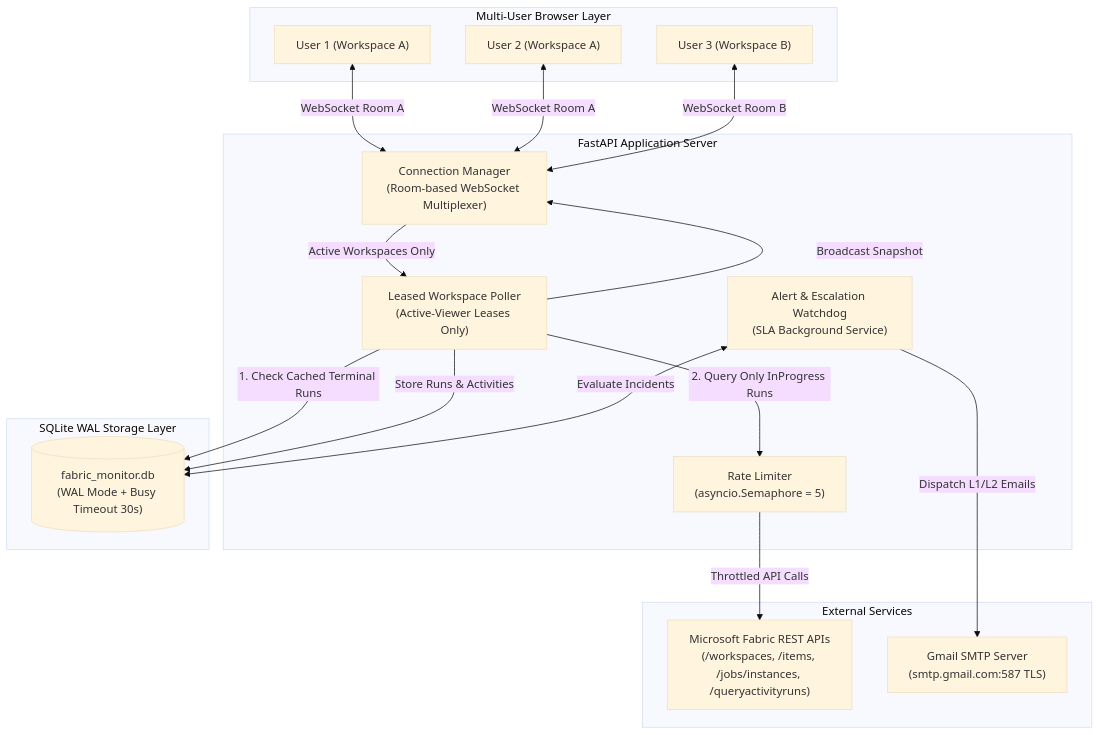
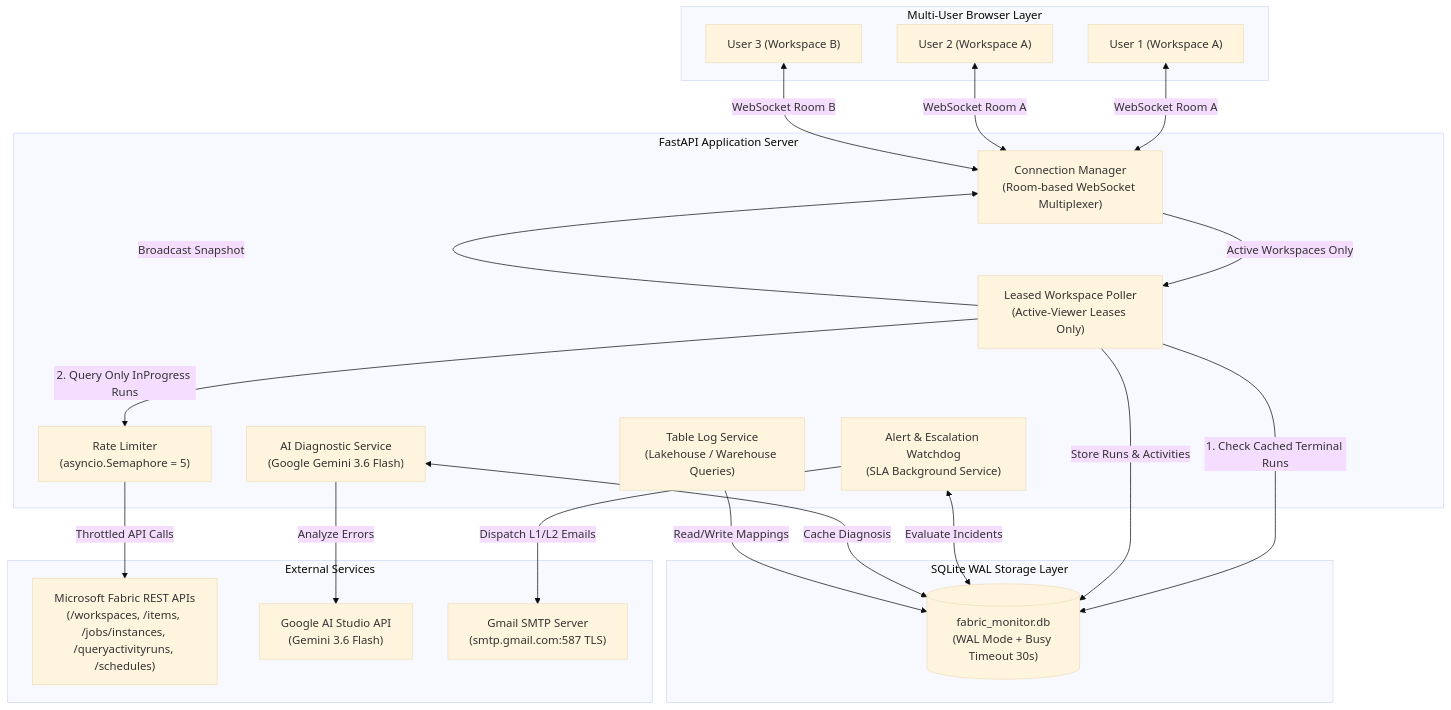
The diagram in README.md (Malik-xae-12/mymonitor), drawn with Mermaid (base theme) before and after one commit. The commit also changed other lines of this file and 5 other files, not shown here.

````diff
--- a/README.md
+++ b/README.md
@@ -25,38 +39,44 @@
 ```mermaid
 graph TD
     subgraph Clients [Multi-User Browser Layer]
         U1["User 1 (Workspace A)"]
         U2["User 2 (Workspace A)"]
         U3["User 3 (Workspace B)"]
     end
 
     subgraph Backend [FastAPI Application Server]
         CM["Connection Manager<br/>(Room-based WebSocket Multiplexer)"]
         LP["Leased Workspace Poller<br/>(Active-Viewer Leases Only)"]
         AS["Alert & Escalation Watchdog<br/>(SLA Background Service)"]
+        AI["AI Diagnostic Service<br/>(Google Gemini 3.6 Flash)"]
+        TL["Table Log Service<br/>(Lakehouse / Warehouse Queries)"]
         RL["Rate Limiter<br/>(asyncio.Semaphore = 5)"]
     end
 
     subgraph Database [SQLite WAL Storage Layer]
         DB[("fabric_monitor.db<br/>(WAL Mode + Busy Timeout 30s)")]
     end
 
     subgraph External [External Services]
-        FABRIC["Microsoft Fabric REST APIs<br/>(/workspaces, /items, /jobs/instances, /queryactivityruns)"]
+        FABRIC["Microsoft Fabric REST APIs<br/>(/workspaces, /items, /jobs/instances, /queryactivityruns, /schedules)"]
+        GEMINI["Google AI Studio API<br/>(Gemini 3.6 Flash)"]
         SMTP["Gmail SMTP Server<br/>(smtp.gmail.com:587 TLS)"]
     end
 
     U1 <-->|WebSocket Room A| CM
     U2 <-->|WebSocket Room A| CM
     U3 <-->|WebSocket Room B| CM
 
     CM -->|Active Workspaces Only| LP
     LP -->|1. Check Cached Terminal Runs| DB
     LP -->|2. Query Only InProgress Runs| RL
     RL -->|Throttled API Calls| FABRIC
 
     LP -->|Store Runs & Activities| DB
     LP -->|Broadcast Snapshot| CM
     AS <-->|Evaluate Incidents| DB
     AS -->|Dispatch L1/L2 Emails| SMTP
+    AI <-->|Cache Diagnosis| DB
+    AI -->|Analyze Errors| GEMINI
+    TL -->|Read/Write Mappings| DB
 ```
````
